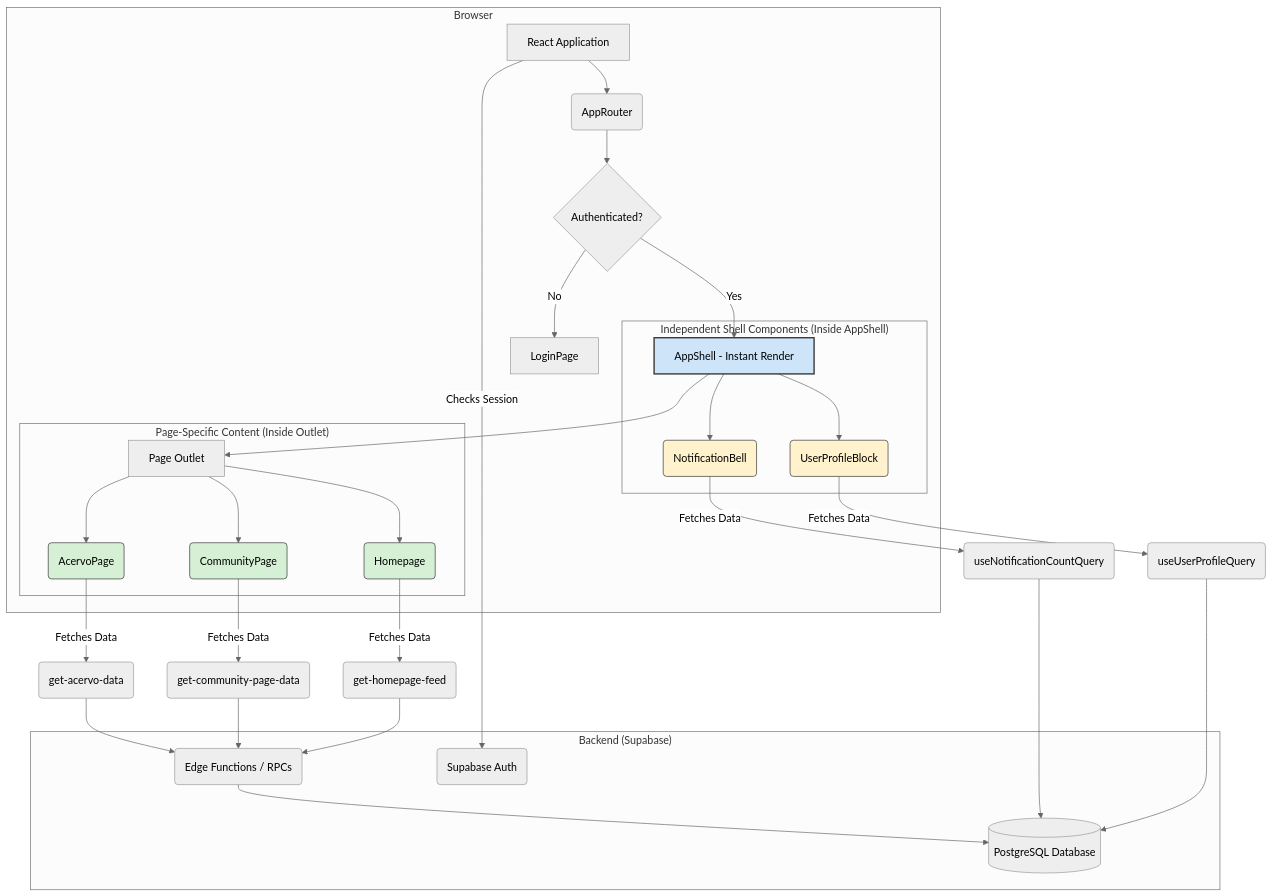
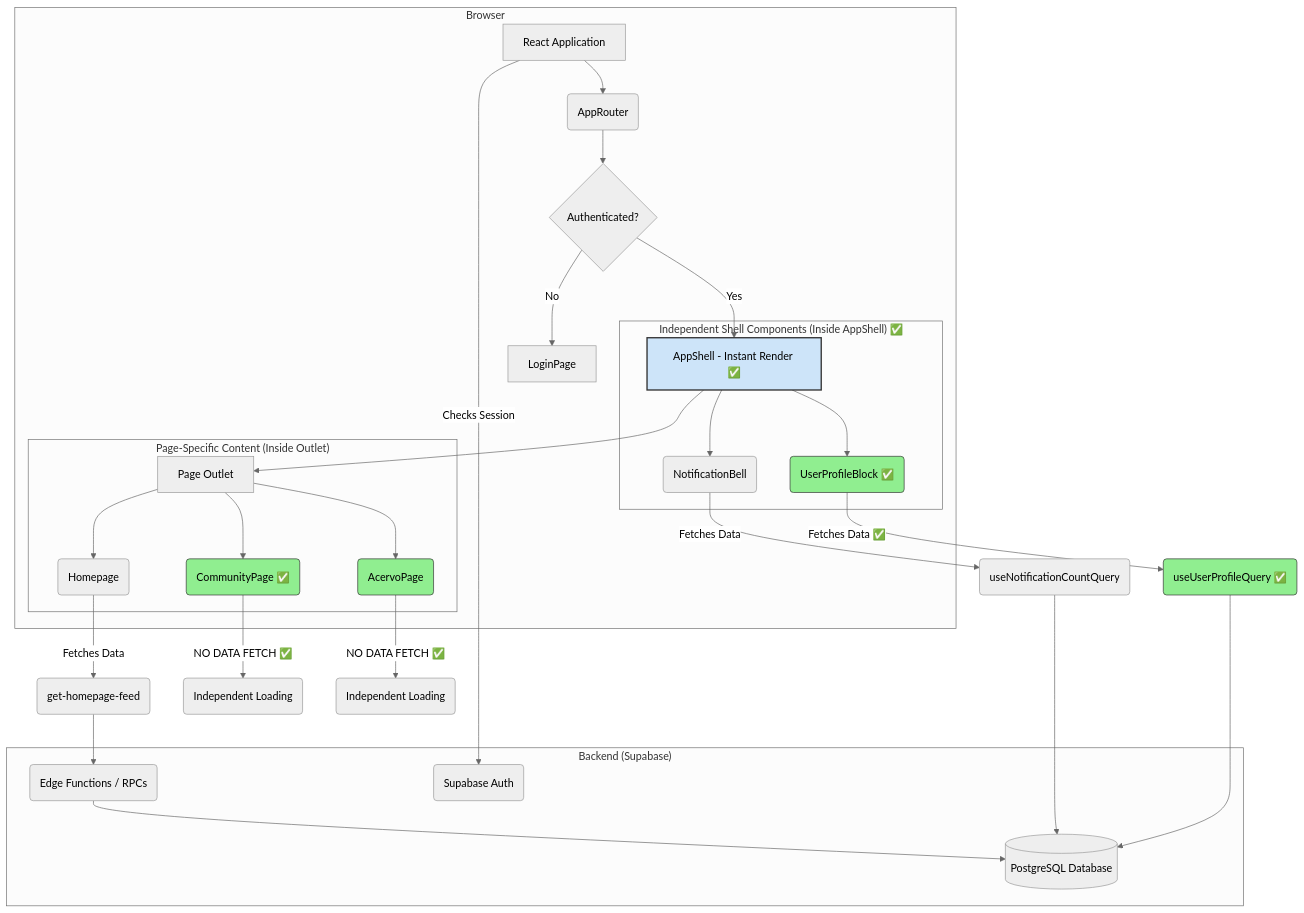
The diagram in docs/README-BÍBLIA.md (AltKhyin/app-documentation-compass), drawn with Mermaid (neutral theme) before and after one commit. The commit also changed other lines of this file and 4 other files, not shown here.

First line of the commit message:
feat: Implement architectural hardening plan

````diff
--- a/docs/README-BÍBLIA.md
+++ b/docs/README-BÍBLIA.md
@@ -228,52 +219,48 @@
 ```mermaid
 graph TD
     subgraph "Browser"
         A[React Application] --> B(AppRouter);
         B --> C{Authenticated?};
-        C -- Yes --> D[AppShell - Instant Render];
+        C -- Yes --> D[AppShell - Instant Render ✅];
         C -- No --> LoginPage[LoginPage];
 
         D --> E[Page Outlet];
 
         subgraph "Page-Specific Content (Inside Outlet)"
             E --> P1(Homepage);
-            E --> P2(CommunityPage);
+            E --> P2(CommunityPage ✅);
             E --> P3(AcervoPage);
         end
 
-        subgraph "Independent Shell Components (Inside AppShell)"
-            D --> S1(UserProfileBlock);
+        subgraph "Independent Shell Components (Inside AppShell) ✅"
+            D --> S1(UserProfileBlock ✅);
             D --> S2(NotificationBell);
         end
     end
 
     subgraph "Backend (Supabase)"
         API(Edge Functions / RPCs)
         DB[(PostgreSQL Database)];
         Auth(Supabase Auth);
     end
 
     P1 -- Fetches Data --> F1(get-homepage-feed);
-    P2 -- Fetches Data --> F2(get-community-page-data);
-    P3 -- Fetches Data --> F3(get-acervo-data);
+    P2 -- NO DATA FETCH ✅ --> F2(Independent Loading);
+    P3 -- NO DATA FETCH ✅ --> F3(Independent Loading);
 
-    S1 -- Fetches Data --> UQ(useUserProfileQuery);
+    S1 -- Fetches Data ✅ --> UQ(useUserProfileQuery ✅);
     S2 -- Fetches Data --> NQ(useNotificationCountQuery);
 
     F1 --> API;
-    F2 --> API;
-    F3 --> API;
-
     UQ --> DB;
     NQ --> DB;
 
     API --> DB;
     A -- Checks Session --> Auth;
 
     style D fill:#cde4f9,stroke:#333,stroke-width:2px
-    style P1 fill:#d5f0d5,stroke:#333
-    style P2 fill:#d5f0d5,stroke:#333
-    style P3 fill:#d5f0d5,stroke:#333
-    style S1 fill:#fff2cc,stroke:#333
-    style S2 fill:#fff2cc,stroke:#333
+    style P2 fill:#90EE90,stroke:#333
+    style P3 fill:#90EE90,stroke:#333
+    style S1 fill:#90EE90,stroke:#333
+    style UQ fill:#90EE90,stroke:#333
 ```
````
